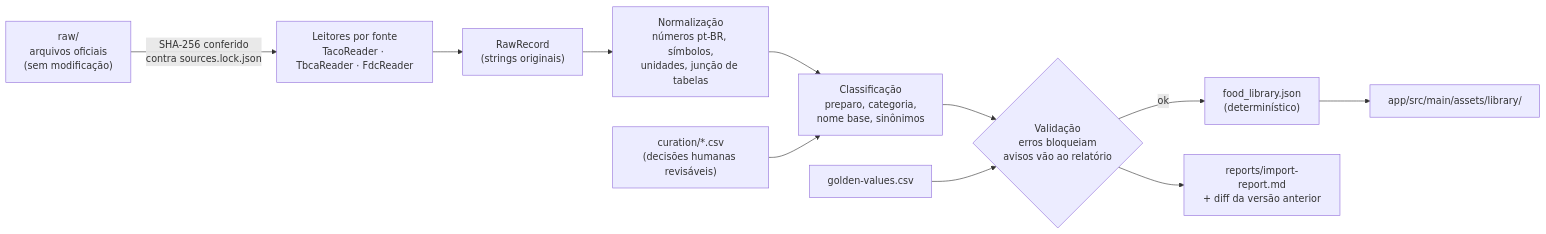
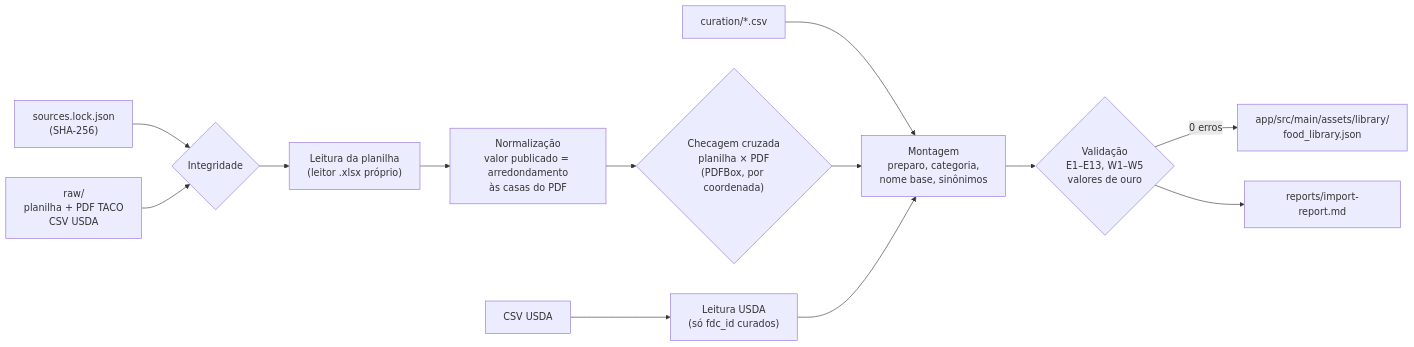
The diagram in docs/03-biblioteca-nutricional.md (lucasanso/calories-apk), drawn with Mermaid before and after one commit. The commit also changed other lines of this file and 66 other files, not shown here.

````diff
--- a/docs/03-biblioteca-nutricional.md
+++ b/docs/03-biblioteca-nutricional.md
@@ -62,13 +55,15 @@
 ```mermaid
 flowchart LR
-    A["raw/<br/>arquivos oficiais<br/>(sem modificação)"] -->|SHA-256 conferido<br/>contra sources.lock.json| B["Leitores por fonte<br/>TacoReader · TbcaReader · FdcReader"]
-    B --> C["RawRecord<br/>(strings originais)"]
-    C --> D["Normalização<br/>números pt-BR, símbolos,<br/>unidades, junção de tabelas"]
-    D --> E["Classificação<br/>preparo, categoria,<br/>nome base, sinônimos"]
-    CUR["curation/*.csv<br/>(decisões humanas revisáveis)"] --> E
-    E --> F{"Validação<br/>erros bloqueiam<br/>avisos vão ao relatório"}
-    GOLD["golden-values.csv"] --> F
-    F -->|ok| G["food_library.json<br/>(determinístico)"]
-    F --> H["reports/import-report.md<br/>+ diff da versão anterior"]
-    G --> I["app/src/main/assets/library/"]
+    LOCK["sources.lock.json<br/>(SHA-256)"] --> V{"Integridade"}
+    RAW["raw/<br/>planilha + PDF TACO<br/>CSV USDA"] --> V
+    V --> X["Leitura da planilha<br/>(leitor .xlsx próprio)"]
+    X --> N["Normalização<br/>valor publicado = arredondamento<br/>às casas do PDF"]
+    N --> CC{"Checagem cruzada<br/>planilha × PDF<br/>(PDFBox, por coordenada)"}
+    RAWU["CSV USDA"] --> U["Leitura USDA<br/>(só fdc_id curados)"]
+    CUR["curation/*.csv"] --> A["Montagem<br/>preparo, categoria,<br/>nome base, sinônimos"]
+    CC --> A
+    U --> A
+    A --> VAL{"Validação<br/>E1–E13, W1–W5<br/>valores de ouro"}
+    VAL -->|0 erros| OUT["app/src/main/assets/library/<br/>food_library.json"]
+    VAL --> REP["reports/import-report.md"]
 ```
````
